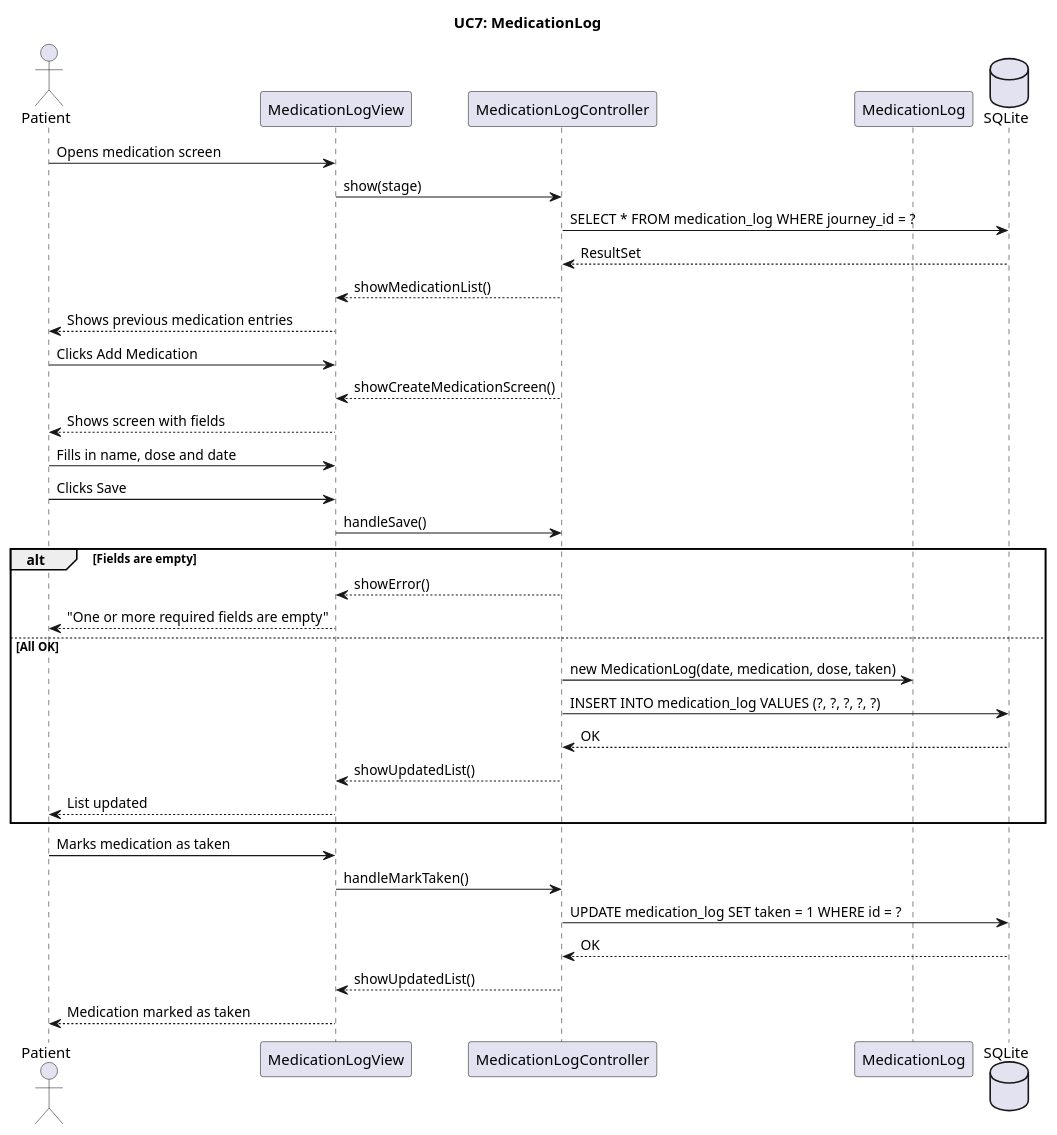
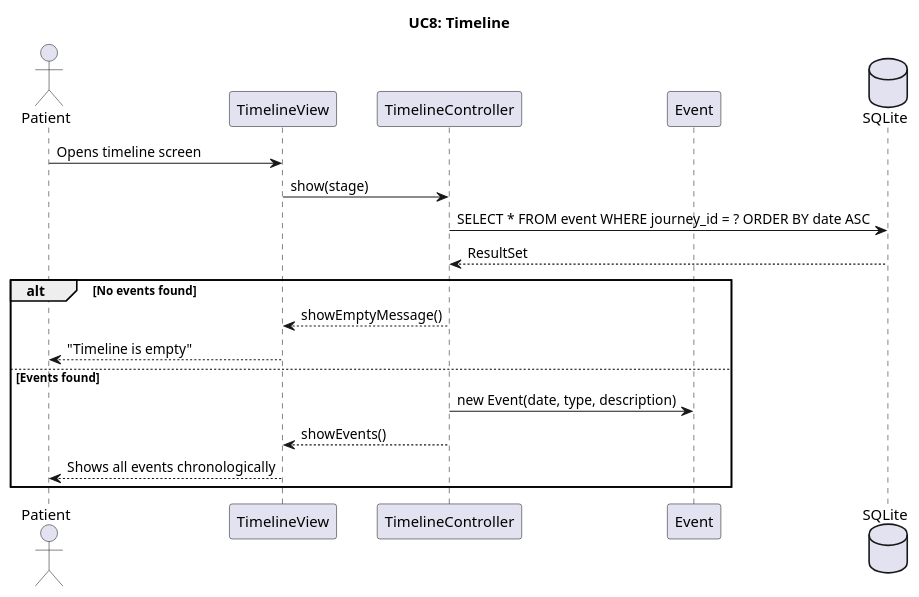
Before and after one commit to BesimaP/SP4---MiniSP: the diagram in doc/dynamic/UC7 - MedicationLogController.puml, drawn with PlantUML. The commit also changed 6 other files, not shown here.

```diff
--- a/doc/dynamic/UC7 - MedicationLogController.puml
+++ b/doc/dynamic/UC7 - MedicationLogController.puml
@@ -1,45 +1,26 @@
 @startuml
 !pragma layout smetana
 
-title UC7: MedicationLog
+title UC8: Timeline
 
 actor "Patient" as u
-participant "MedicationLogView" as v
-participant "MedicationLogController" as c
-participant "MedicationLog" as m
+participant "TimelineView" as v
+participant "TimelineController" as c
+participant "Event" as m
 database "SQLite" as db
 
-u -> v : Opens medication screen
+u -> v : Opens timeline screen
 v -> c : show(stage)
-c -> db : SELECT * FROM medication_log WHERE journey_id = ?
+c -> db : SELECT * FROM event WHERE journey_id = ? ORDER BY date ASC
 db --> c : ResultSet
-c --> v : showMedicationList()
-v --> u : Shows previous medication entries
 
-u -> v : Clicks Add Medication
-c --> v : showCreateMedicationScreen()
-v --> u : Shows screen with fields
-
-u -> v : Fills in name, dose and date
-u -> v : Clicks Save
-v -> c : handleSave()
-
-alt Fields are empty
-  c --> v : showError()
-  v --> u : "One or more required fields are empty"
-else All OK
-  c -> m : new MedicationLog(date, medication, dose, taken)
-  c -> db : INSERT INTO medication_log VALUES (?, ?, ?, ?, ?)
-  db --> c : OK
-  c --> v : showUpdatedList()
-  v --> u : List updated
+alt No events found
+  c --> v : showEmptyMessage()
+  v --> u : "Timeline is empty"
+else Events found
+  c -> m : new Event(date, type, description)
+  c --> v : showEvents()
+  v --> u : Shows all events chronologically
 end
 
-u -> v : Marks medication as taken
-v -> c : handleMarkTaken()
-c -> db : UPDATE medication_log SET taken = 1 WHERE id = ?
-db --> c : OK
-c --> v : showUpdatedList()
-v --> u : Medication marked as taken
-
 @enduml
```
